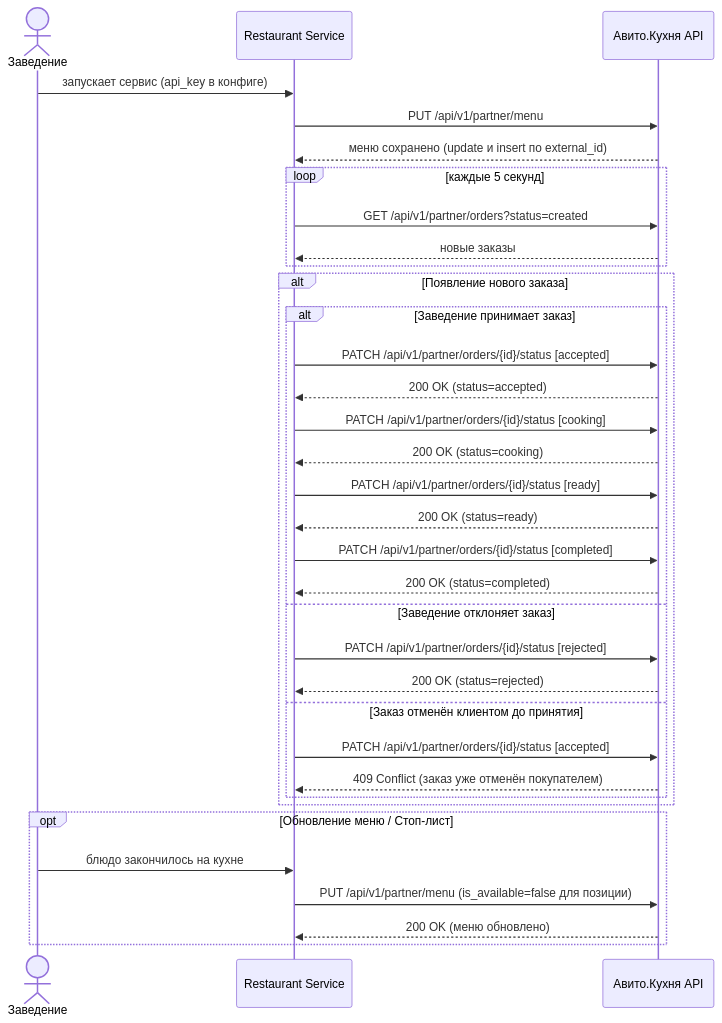
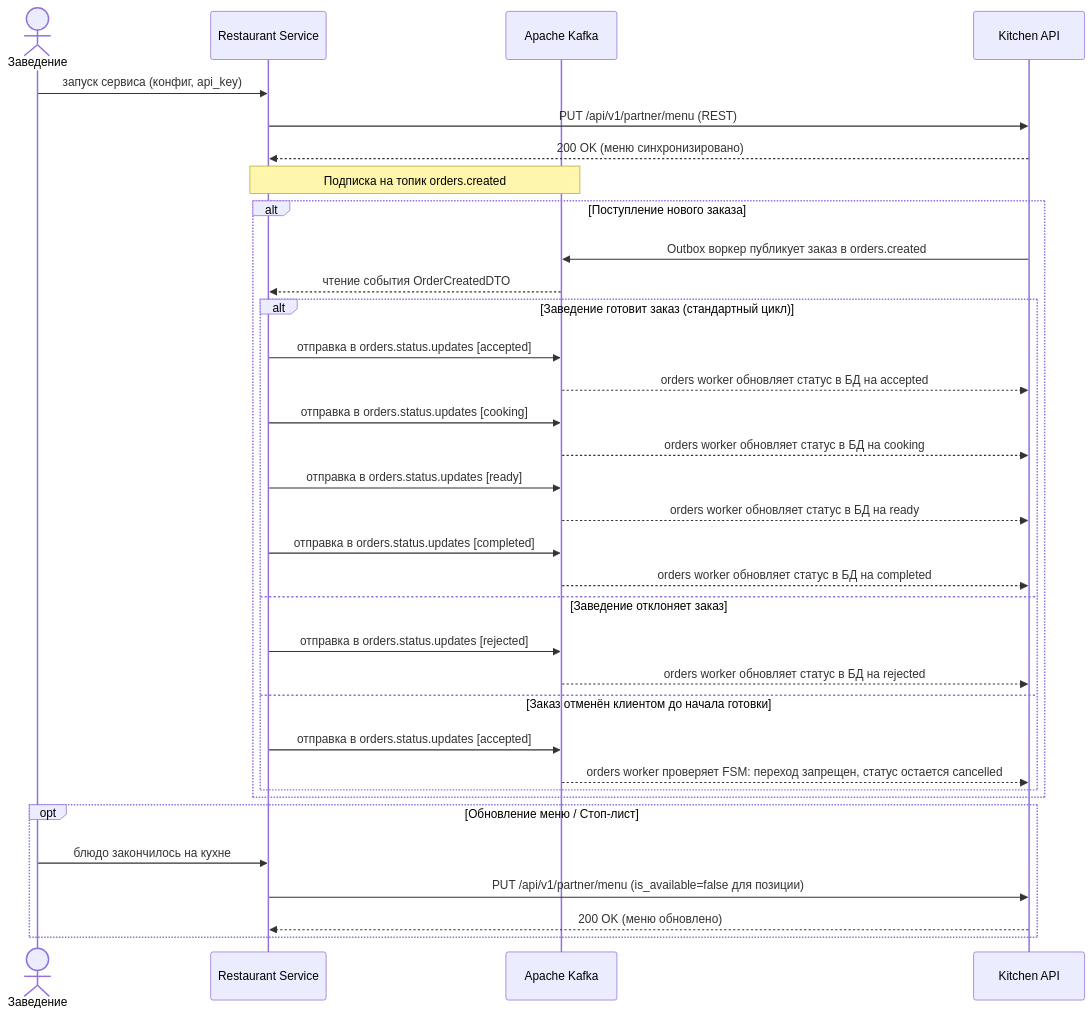
The diagram in docs/cjm-restaurant.md (R0uT3r52/kitchen-api), drawn with Mermaid before and after one commit. The commit also changed other lines of this file and 5 other files, not shown here.

````diff
--- a/docs/cjm-restaurant.md
+++ b/docs/cjm-restaurant.md
@@ -5,40 +5,41 @@
 ```mermaid
 sequenceDiagram
     actor R as Заведение
     participant RS as Restaurant Service
-    participant A as Авито.Кухня API
+    participant K as Apache Kafka
+    participant A as Kitchen API
 
-    R->>RS: запускает сервис (api_key в конфиге)
-    RS->>A: PUT /api/v1/partner/menu
-    A-->>RS: меню сохранено (update и insert по external_id)
+    R->>RS: запуск сервиса (конфиг, api_key)
+    RS->>A: PUT /api/v1/partner/menu (REST)
+    A-->>RS: 200 OK (меню синхронизировано)
 
-    loop каждые 5 секунд
-        RS->>A: GET /api/v1/partner/orders?status=created
-        A-->>RS: новые заказы
-    end
+    Note over K,RS: Подписка на топик orders.created
 
-    alt Появление нового заказа
-        alt Заведение принимает заказ
-            RS->>A: PATCH /api/v1/partner/orders/{id}/status [accepted]
-            A-->>RS: 200 OK (status=accepted)
-            RS->>A: PATCH /api/v1/partner/orders/{id}/status [cooking]
-            A-->>RS: 200 OK (status=cooking)
-            RS->>A: PATCH /api/v1/partner/orders/{id}/status [ready]
-            A-->>RS: 200 OK (status=ready)
-            RS->>A: PATCH /api/v1/partner/orders/{id}/status [completed]
-            A-->>RS: 200 OK (status=completed)
+    alt Поступление нового заказа
+        A->>K: Outbox воркер публикует заказ в orders.created
+        K-->>RS: чтение события OrderCreatedDTO
+
+        alt Заведение готовит заказ (стандартный цикл)
+            RS->>K: отправка в orders.status.updates [accepted]
+            K-->>A: orders worker обновляет статус в БД на accepted
+            RS->>K: отправка в orders.status.updates [cooking]
+            K-->>A: orders worker обновляет статус в БД на cooking
+            RS->>K: отправка в orders.status.updates [ready]
+            K-->>A: orders worker обновляет статус в БД на ready
+            RS->>K: отправка в orders.status.updates [completed]
+            K-->>A: orders worker обновляет статус в БД на completed
         else Заведение отклоняет заказ
-            RS->>A: PATCH /api/v1/partner/orders/{id}/status [rejected]
-            A-->>RS: 200 OK (status=rejected)
-        else Заказ отменён клиентом до принятия
-            RS->>A: PATCH /api/v1/partner/orders/{id}/status [accepted]
-            A-->>RS: 409 Conflict (заказ уже отменён покупателем)
+            RS->>K: отправка в orders.status.updates [rejected]
+            K-->>A: orders worker обновляет статус в БД на rejected
+        else Заказ отменён клиентом до начала готовки
+            RS->>K: отправка в orders.status.updates [accepted]
+            K-->>A: orders worker проверяет FSM: переход запрещен, статус остается cancelled
         end
     end
 
     opt Обновление меню / Стоп-лист
         R->>RS: блюдо закончилось на кухне
         RS->>A: PUT /api/v1/partner/menu (is_available=false для позиции)
         A-->>RS: 200 OK (меню обновлено)
     end
 ```
````
